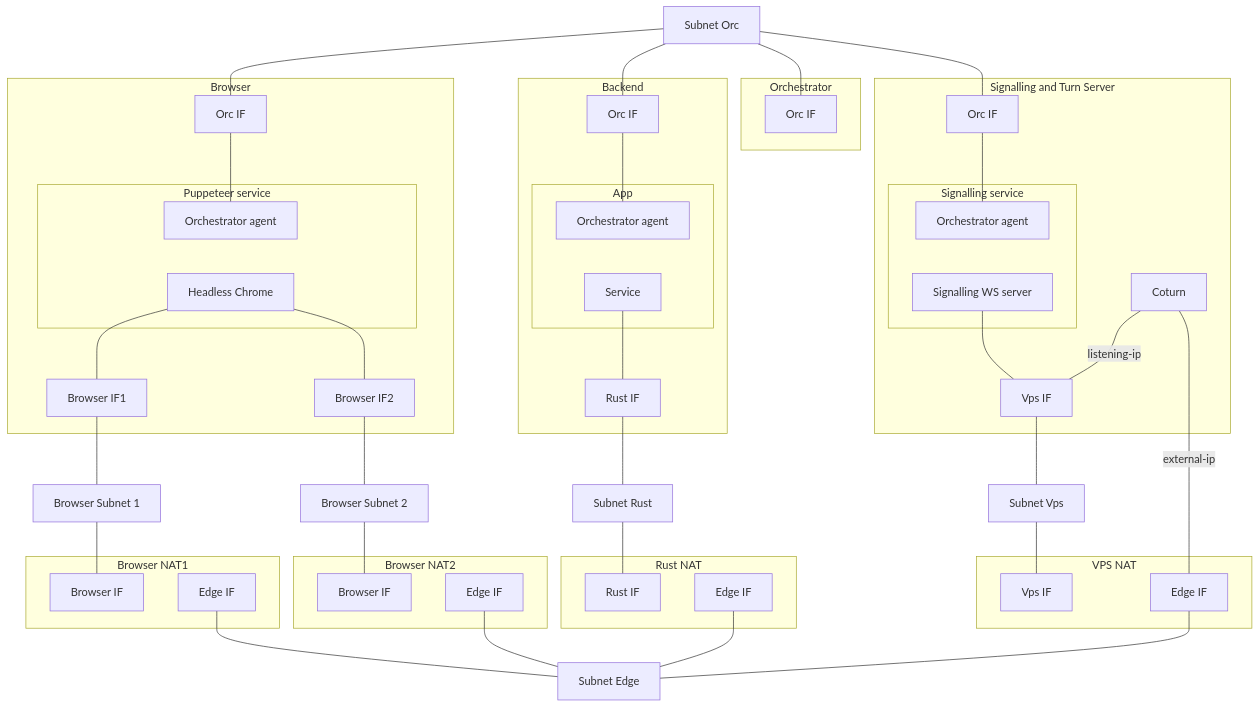
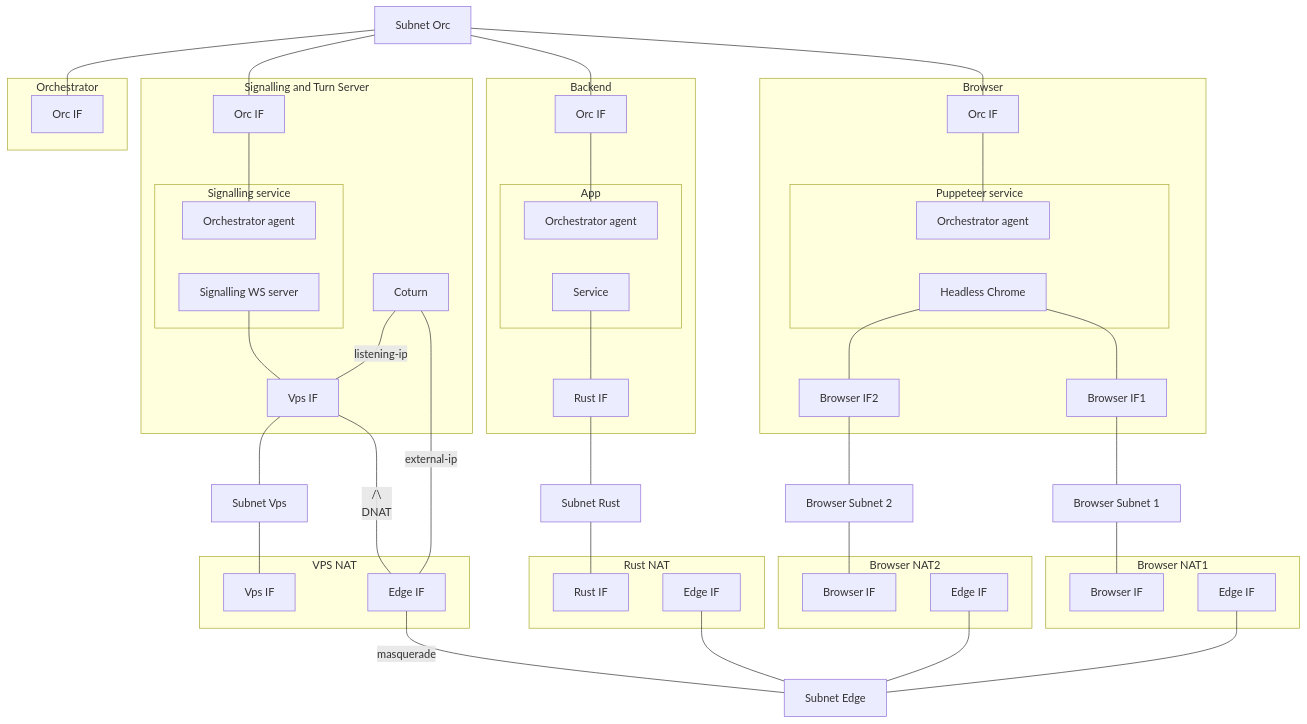
One commit to vk-swd/vamp changed the diagram in test/memo.md. Above: the diagram before and after it, drawn with Mermaid. The commit also changed 5 other files, not shown here.

````diff
--- a/test/memo.md
+++ b/test/memo.md
@@ -130,10 +130,11 @@
   ifEdgeBrowserNat1 --- sbntEdgeGateway
   ifEdgeBrowserNat2 --- sbntEdgeGateway
   ifEdgeRustnat --- sbntEdgeGateway
-  ifEdgeVpsnat --- sbntEdgeGateway
+  ifEdgeVpsnat --- |masquerade|sbntEdgeGateway
 
   %% VPS subnet
   coturn --- |external-ip|ifEdgeVpsnat
+  ifVpsSigturn --- |"  /\ <br>DNAT"|ifEdgeVpsnat
   sbntVpsGateway --- ifVpsVpsnat
   ifVpsSigturn --- sbntVpsGateway
 ```
````
